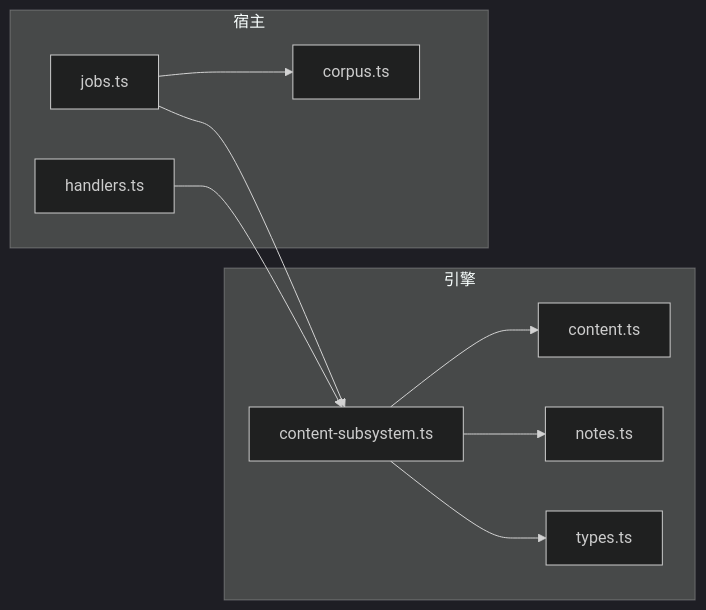
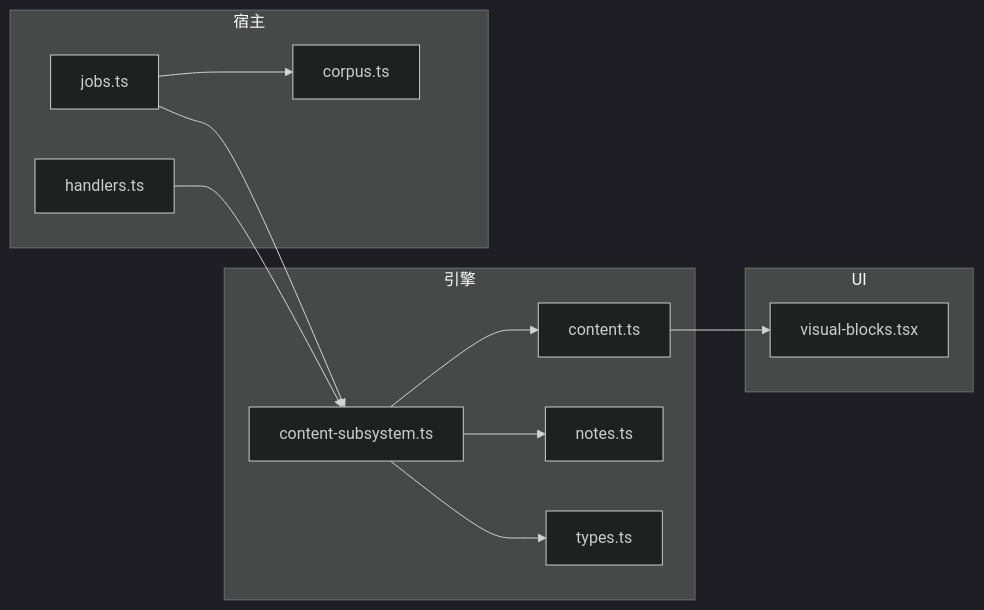
One commit to maozhijie/learnhub-plugin changed the tenth of 10 diagrams in .qoder/repowiki/zh/content/架构设计/数据流设计/内容数据流/内容数据流.md. Above: the diagram before and after it, drawn with Mermaid (dark theme). The commit also changed other lines of this file and 8 other files, not shown here.

````diff
--- a/.qoder/repowiki/zh/content/架构设计/数据流设计/内容数据流/内容数据流.md
+++ b/.qoder/repowiki/zh/content/架构设计/数据流设计/内容数据流/内容数据流.md
@@ -344,20 +409,24 @@
 ```mermaid
 graph LR
 subgraph 引擎
 CS["content-subsystem.ts"]
 CT["content.ts"]
 NT["notes.ts"]
 TY["types.ts"]
 end
 subgraph 宿主
 HJ["jobs.ts"]
 HC["corpus.ts"]
 HH["handlers.ts"]
 end
+subgraph UI
+VB["visual-blocks.tsx"]
+end
 HJ --> CS
 CS --> CT
 CS --> NT
 CS --> TY
 HJ --> HC
 HH --> CS
+CT --> VB
 ```
````
